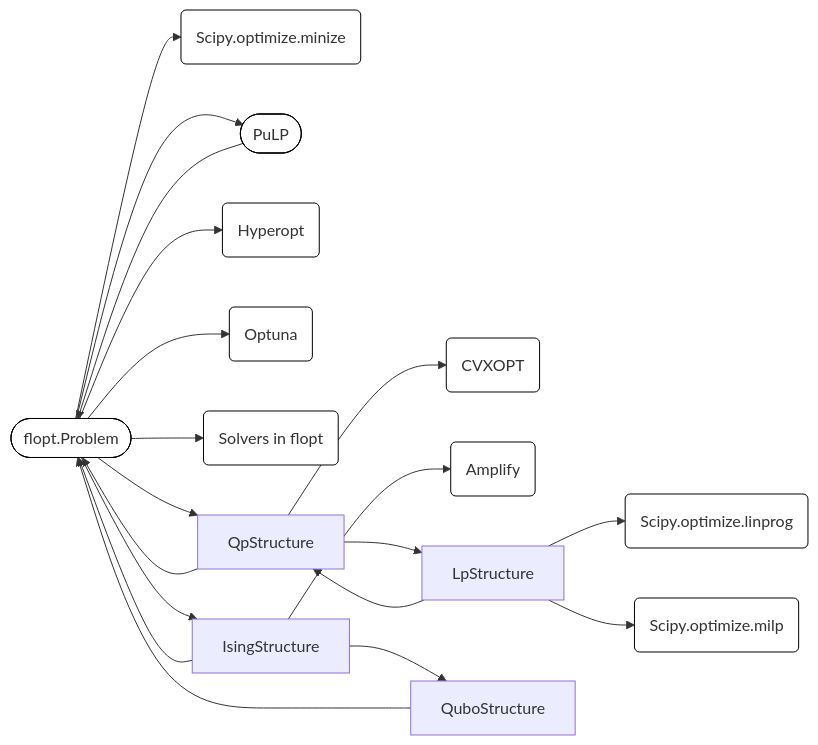
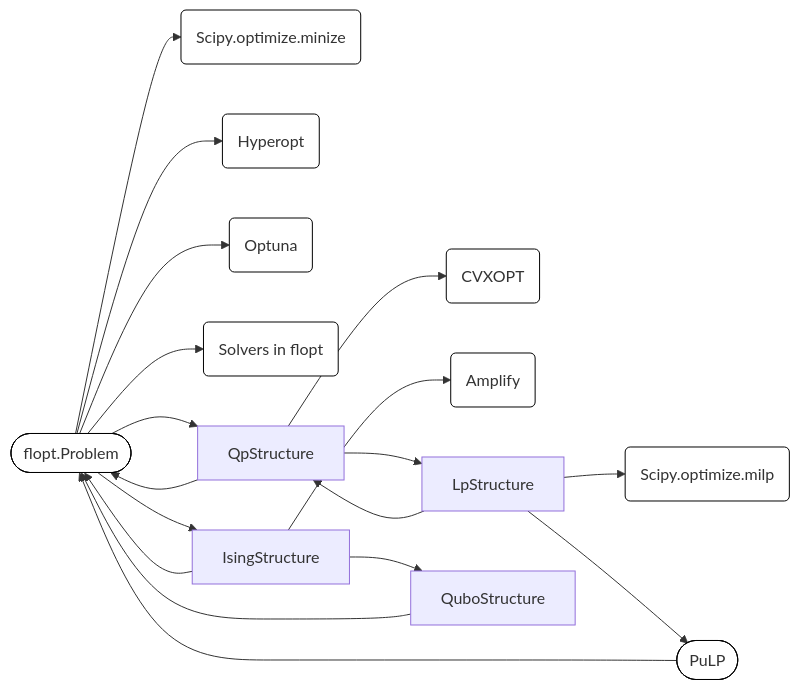
One commit to nariaki3551/flopt changed the third of 3 diagrams in docs/tutorial/convert/overview.rst. Above: the diagram before and after it, drawn with Mermaid. The commit also changed 22 other files, not shown here.

```diff
--- a/docs/tutorial/convert/overview.rst
+++ b/docs/tutorial/convert/overview.rst
@@ -52,54 +52,50 @@
 .. mermaid::
 
   graph LR
 
   flopt([flopt.Problem])
   style flopt fill:#fff,stroke:#000,stroke-width:1px
   CVXOPT(CVXOPT)
   style CVXOPT fill:#fff,stroke:#000,stroke-width:1px
-  Scipy.optimize.linprog(Scipy.optimize.linprog)
-  style Scipy.optimize.linprog fill:#fff,stroke:#000,stroke-width:1px
   Scipy.optimize.milp(Scipy.optimize.milp)
   style Scipy.optimize.milp fill:#fff,stroke:#000,stroke-width:1px
   Scipy.optimize.minimize(Scipy.optimize.minize)
   style Scipy.optimize.minimize fill:#fff,stroke:#000,stroke-width:1px
   PuLP([PuLP])
   style PuLP fill:#fff,stroke:#000,stroke-width:1px
   Hyperopt(Hyperopt)
   style Hyperopt fill:#fff,stroke:#000,stroke-width:1px
   Optuna(Optuna)
   style Optuna fill:#fff,stroke:#000,stroke-width:1px
   Amplify(Amplify)
   style Amplify fill:#fff,stroke:#000,stroke-width:1px
   SolversInFlopt(Solvers in flopt)
   style SolversInFlopt fill:#fff,stroke:#000,stroke-width:1px
 
   QpStructure[QpStructure]
   LpStructure[LpStructure]
   IsingStructure[IsingStructure]
   QuboStructure[QuboStructure]
 
   flopt --> QpStructure
   QpStructure --> flopt
 
   flopt --> IsingStructure
   IsingStructure --> flopt
 
   QpStructure --> LpStructure
   LpStructure --> QpStructure
 
   IsingStructure --> Amplify
   IsingStructure --> QuboStructure
   QuboStructure --> flopt
 
   QpStructure --> CVXOPT
-  LpStructure --> Scipy.optimize.linprog
   LpStructure --> Scipy.optimize.milp
+  LpStructure --> PuLP
 
-
-  flopt --> PuLP
   PuLP --> flopt
   flopt --> Hyperopt
   flopt --> Optuna
   flopt --> Scipy.optimize.minimize
   flopt --> SolversInFlopt
```
